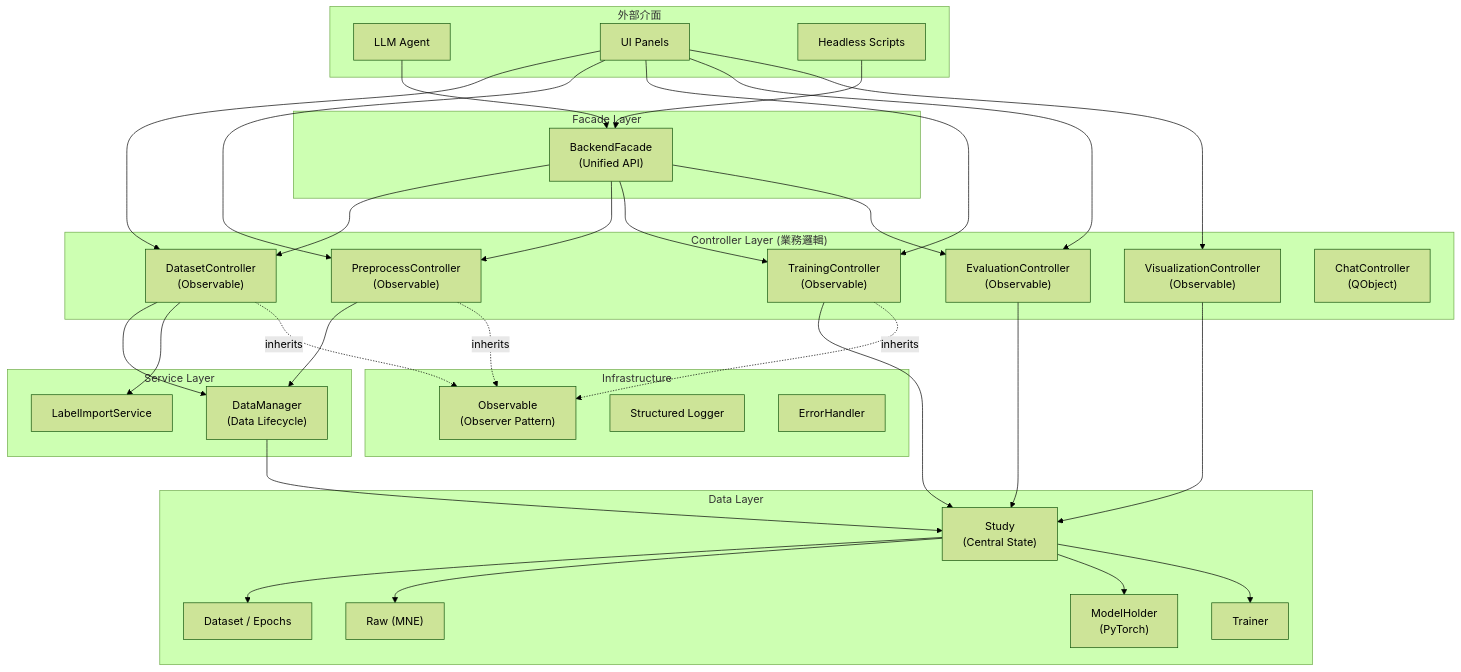
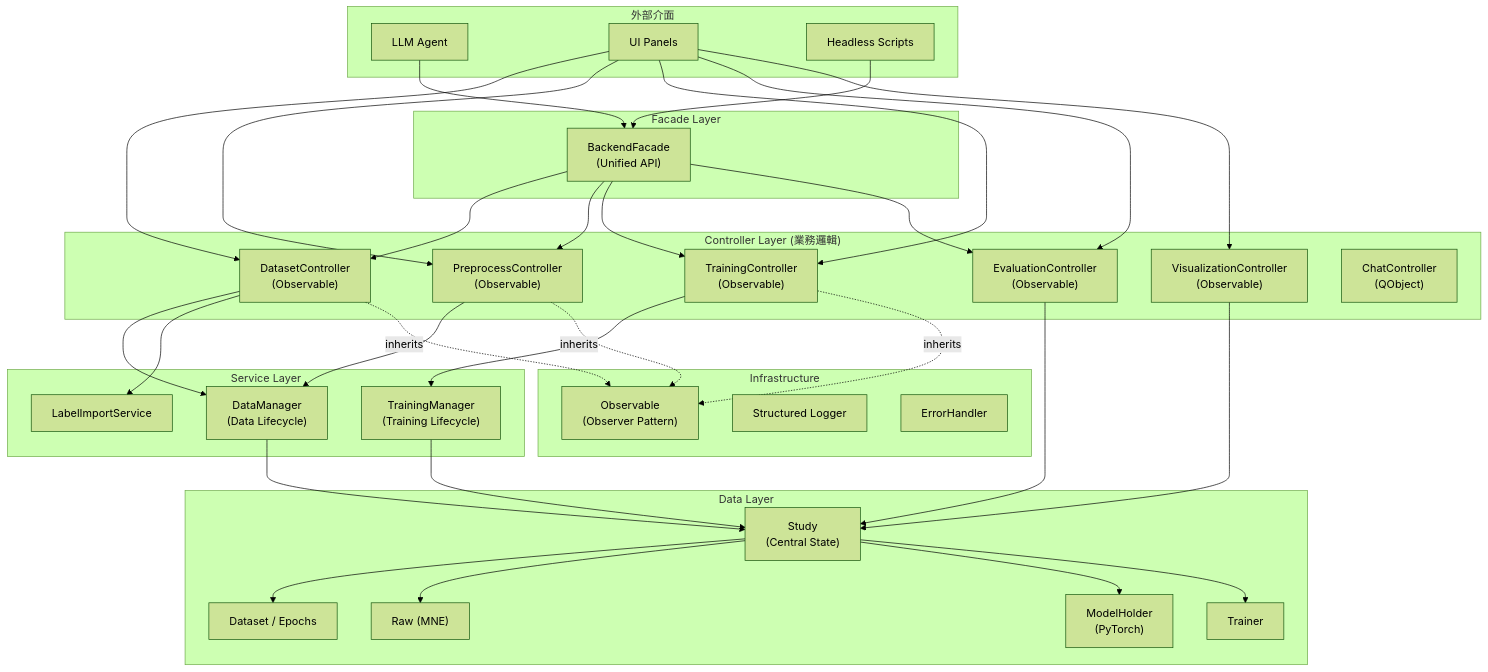
One commit to hxin-an/XBrainLab changed the diagram in documentation/backend/architecture.md. Above: the diagram before and after it, drawn with Mermaid (forest theme). The commit also changed other lines of this file and 27 other files, not shown here.

````diff
--- a/documentation/backend/architecture.md
+++ b/documentation/backend/architecture.md
@@ -18,60 +18,62 @@
 ```mermaid
 graph TD
     subgraph External ["外部介面"]
         Agent["LLM Agent"]
         UI["UI Panels"]
         Script["Headless Scripts"]
     end
 
     subgraph FacadeLayer ["Facade Layer"]
         Facade["BackendFacade<br/>(Unified API)"]
     end
 
     subgraph ControllerLayer ["Controller Layer (業務邏輯)"]
         DC["DatasetController<br/>(Observable)"]
         PC["PreprocessController<br/>(Observable)"]
         TC["TrainingController<br/>(Observable)"]
         EC["EvaluationController<br/>(Observable)"]
         VC["VisualizationController<br/>(Observable)"]
         CC["ChatController<br/>(QObject)"]
     end
 
     subgraph ServiceLayer ["Service Layer"]
         LIS["LabelImportService"]
         DM["DataManager<br/>(Data Lifecycle)"]
+        TM["TrainingManager<br/>(Training Lifecycle)"]
     end
 
     subgraph DataLayer ["Data Layer"]
         Study["Study<br/>(Central State)"]
         Dataset["Dataset / Epochs"]
         Raw["Raw (MNE)"]
         ModelH["ModelHolder<br/>(PyTorch)"]
         Trainer["Trainer"]
     end
 
     subgraph InfraLayer ["Infrastructure"]
         Observable["Observable<br/>(Observer Pattern)"]
         Logger["Structured Logger"]
         ErrorH["ErrorHandler"]
     end
 
     Agent --> Facade
     Script --> Facade
     UI --> DC & PC & TC & EC & VC
 
     Facade --> DC & PC & TC & EC
 
     DC --> DM
     DC --> LIS
     PC --> DM
-    TC --> Study
+    TC --> TM
     EC --> Study
     VC --> Study
 
     DM --> Study
+    TM --> Study
     Study --> Dataset & Raw & ModelH & Trainer
 
     DC -.->|"inherits"| Observable
     PC -.->|"inherits"| Observable
     TC -.->|"inherits"| Observable
 ```
````
